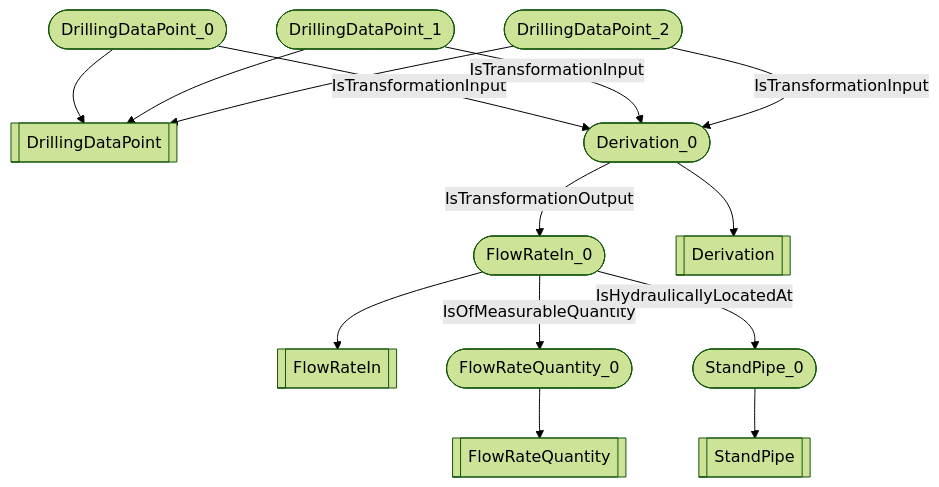
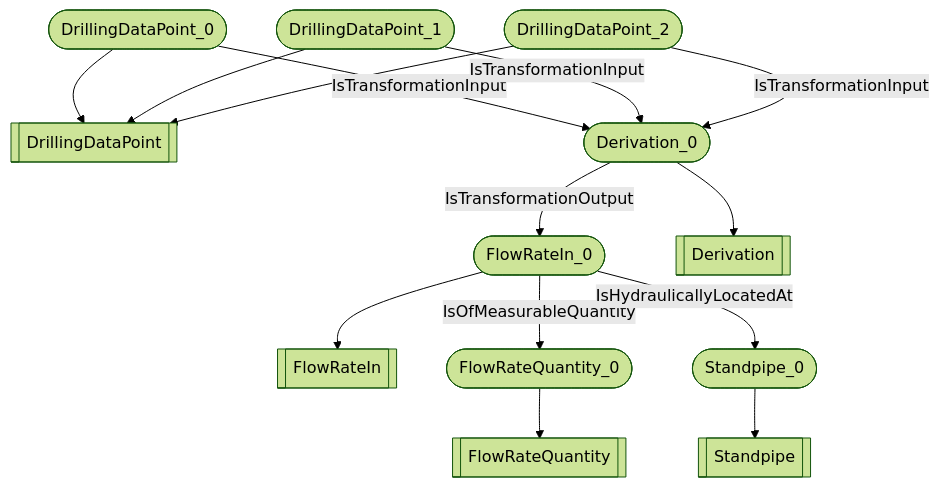
One commit to D-WIS/DDHub-Semantic-Interoperability changed the diagram in docs/vocabulary_development/examples/Flow-rate In.md. Above: the diagram before and after it, drawn with Mermaid (forest theme). The commit also changed other lines of this file and 28 other files, not shown here.

````diff
--- a/docs/vocabulary_development/examples/Flow-rate In.md
+++ b/docs/vocabulary_development/examples/Flow-rate In.md
@@ -15,16 +15,16 @@
 ```mermaid
 flowchart TD
 	FlowRateIn_0([FlowRateIn_0]) --> FlowRateIn[[FlowRateIn]]
 	FlowRateQuantity_0([FlowRateQuantity_0]) --> FlowRateQuantity[[FlowRateQuantity]]
 	DrillingDataPoint_0([DrillingDataPoint_0]) --> DrillingDataPoint[[DrillingDataPoint]]
 	Derivation_0([Derivation_0]) --> Derivation[[Derivation]]
 	DrillingDataPoint_1([DrillingDataPoint_1]) --> DrillingDataPoint[[DrillingDataPoint]]
 	DrillingDataPoint_2([DrillingDataPoint_2]) --> DrillingDataPoint[[DrillingDataPoint]]
-	StandPipe_0([StandPipe_0]) --> StandPipe[[StandPipe]]
+	Standpipe_0([Standpipe_0]) --> Standpipe[[Standpipe]]
 	 FlowRateIn_0 -- IsOfMeasurableQuantity --> FlowRateQuantity_0 
 	 DrillingDataPoint_0 -- IsTransformationInput --> Derivation_0 
 	 DrillingDataPoint_1 -- IsTransformationInput --> Derivation_0 
 	 DrillingDataPoint_2 -- IsTransformationInput --> Derivation_0 
 	 Derivation_0 -- IsTransformationOutput --> FlowRateIn_0 
-	 FlowRateIn_0 -- IsHydraulicallyLocatedAt --> StandPipe_0 
+	 FlowRateIn_0 -- IsHydraulicallyLocatedAt --> Standpipe_0 
 ```
````
